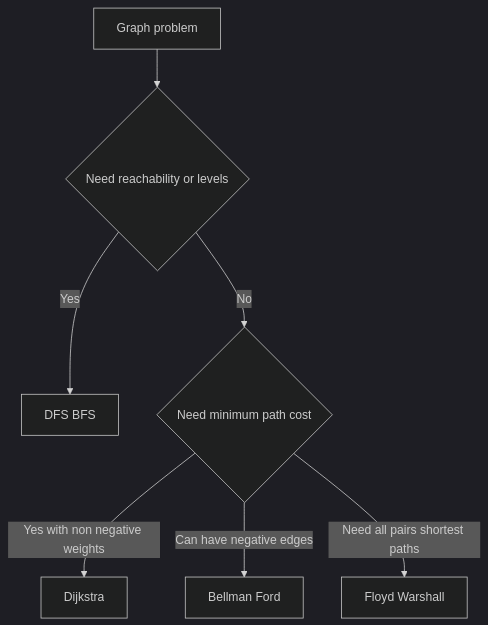
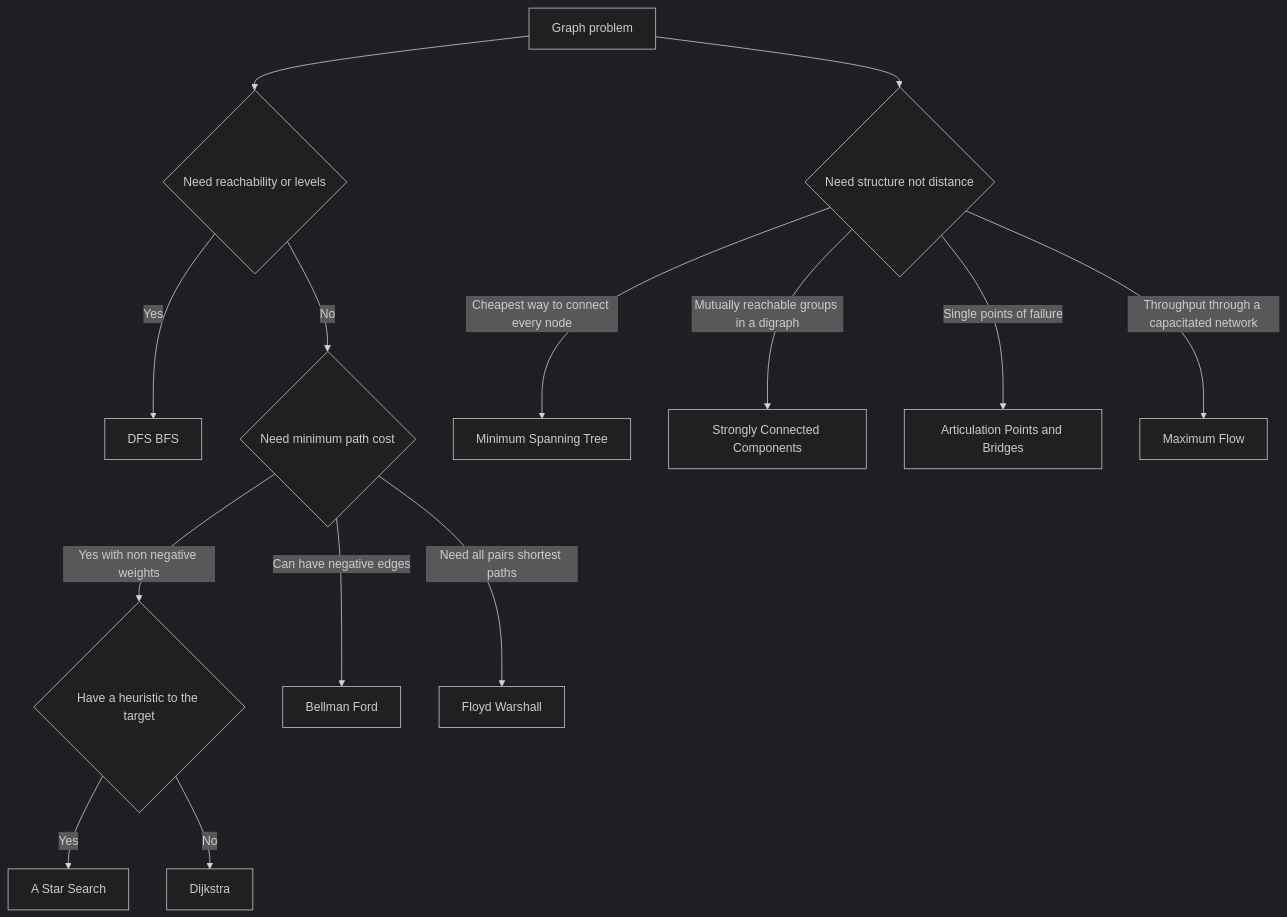
The diagram in Vault/Home/Computer Science/Algorithms/Graph Algorithms/Graph Algorithms.md (grafanaKibana/devbook.zip), drawn with Mermaid (dark theme) before and after one commit. The commit also changed other lines of this file and 38 other files, not shown here.

````diff
--- a/Vault/Home/Computer Science/Algorithms/Graph Algorithms/Graph Algorithms.md
+++ b/Vault/Home/Computer Science/Algorithms/Graph Algorithms/Graph Algorithms.md
@@ -21,9 +21,16 @@
 ```mermaid
 flowchart TD
   A[Graph problem] --> B{Need reachability or levels}
   B -->|Yes| C[DFS BFS]
   B -->|No| D{Need minimum path cost}
-  D -->|Yes with non negative weights| E[Dijkstra]
+  D -->|Yes with non negative weights| E{Have a heuristic to the target}
+  E -->|Yes| E1[A Star Search]
+  E -->|No| E2[Dijkstra]
   D -->|Can have negative edges| F[Bellman Ford]
   D -->|Need all pairs shortest paths| G[Floyd Warshall]
+  A --> H{Need structure not distance}
+  H -->|Cheapest way to connect every node| I[Minimum Spanning Tree]
+  H -->|Mutually reachable groups in a digraph| J[Strongly Connected Components]
+  H -->|Single points of failure| K[Articulation Points and Bridges]
+  H -->|Throughput through a capacitated network| L[Maximum Flow]
 ```
````
